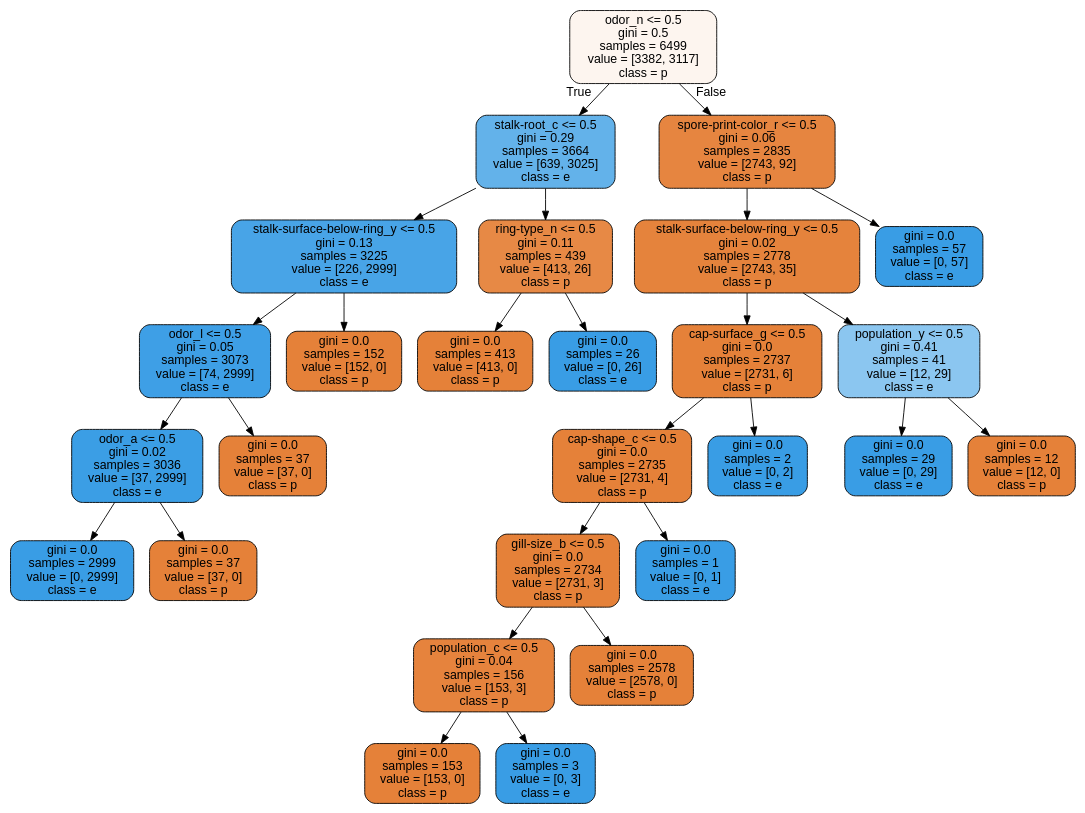
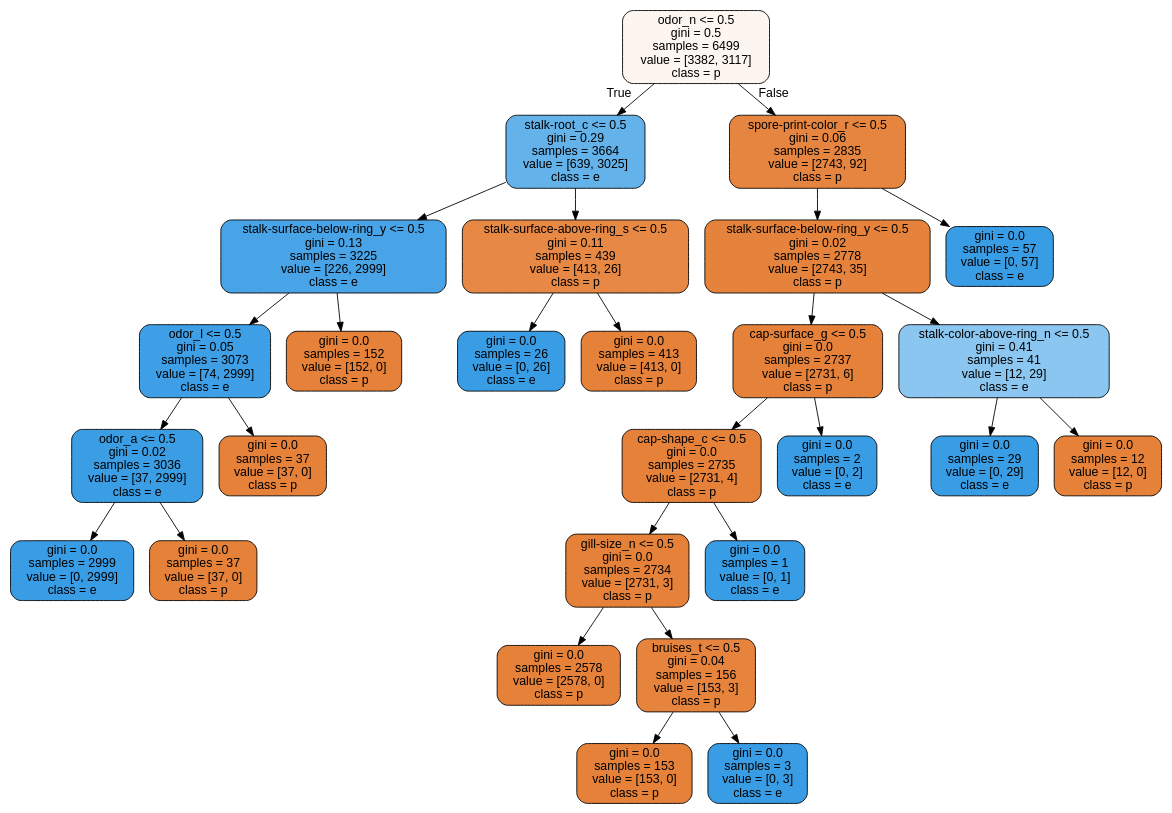
Before and after one commit to radroid/ml-algorithms-assignments: the diagram in decision_trees_assignment_4/notebooks/tree1.dot, drawn with Graphviz. The commit also changed 3 other files, not shown here.

```diff
--- a/decision_trees_assignment_4/notebooks/tree1.dot
+++ b/decision_trees_assignment_4/notebooks/tree1.dot
@@ -1,57 +1,57 @@
 digraph Tree {
 node [shape=box, style="filled, rounded", color="black", fontname=helvetica] ;
 edge [fontname=helvetica] ;
 0 [label="odor_n <= 0.5\ngini = 0.5\nsamples = 6499\nvalue = [3382, 3117]\nclass = p", fillcolor="#fdf5ef"] ;
 1 [label="stalk-root_c <= 0.5\ngini = 0.29\nsamples = 3664\nvalue = [639, 3025]\nclass = e", fillcolor="#63b2ea"] ;
 0 -> 1 [labeldistance=2.5, labelangle=45, headlabel="True"] ;
 2 [label="stalk-surface-below-ring_y <= 0.5\ngini = 0.13\nsamples = 3225\nvalue = [226, 2999]\nclass = e", fillcolor="#48a4e7"] ;
 1 -> 2 ;
 3 [label="odor_l <= 0.5\ngini = 0.05\nsamples = 3073\nvalue = [74, 2999]\nclass = e", fillcolor="#3e9fe6"] ;
 2 -> 3 ;
 4 [label="odor_a <= 0.5\ngini = 0.02\nsamples = 3036\nvalue = [37, 2999]\nclass = e", fillcolor="#3b9ee5"] ;
 3 -> 4 ;
 5 [label="gini = 0.0\nsamples = 2999\nvalue = [0, 2999]\nclass = e", fillcolor="#399de5"] ;
 4 -> 5 ;
 6 [label="gini = 0.0\nsamples = 37\nvalue = [37, 0]\nclass = p", fillcolor="#e58139"] ;
 4 -> 6 ;
 7 [label="gini = 0.0\nsamples = 37\nvalue = [37, 0]\nclass = p", fillcolor="#e58139"] ;
 3 -> 7 ;
 8 [label="gini = 0.0\nsamples = 152\nvalue = [152, 0]\nclass = p", fillcolor="#e58139"] ;
 2 -> 8 ;
-9 [label="ring-type_n <= 0.5\ngini = 0.11\nsamples = 439\nvalue = [413, 26]\nclass = p", fillcolor="#e78945"] ;
+9 [label="stalk-surface-above-ring_s <= 0.5\ngini = 0.11\nsamples = 439\nvalue = [413, 26]\nclass = p", fillcolor="#e78945"] ;
 1 -> 9 ;
-10 [label="gini = 0.0\nsamples = 413\nvalue = [413, 0]\nclass = p", fillcolor="#e58139"] ;
+10 [label="gini = 0.0\nsamples = 26\nvalue = [0, 26]\nclass = e", fillcolor="#399de5"] ;
 9 -> 10 ;
-11 [label="gini = 0.0\nsamples = 26\nvalue = [0, 26]\nclass = e", fillcolor="#399de5"] ;
+11 [label="gini = 0.0\nsamples = 413\nvalue = [413, 0]\nclass = p", fillcolor="#e58139"] ;
 9 -> 11 ;
 12 [label="spore-print-color_r <= 0.5\ngini = 0.06\nsamples = 2835\nvalue = [2743, 92]\nclass = p", fillcolor="#e68540"] ;
 0 -> 12 [labeldistance=2.5, labelangle=-45, headlabel="False"] ;
 13 [label="stalk-surface-below-ring_y <= 0.5\ngini = 0.02\nsamples = 2778\nvalue = [2743, 35]\nclass = p", fillcolor="#e5833c"] ;
 12 -> 13 ;
 14 [label="cap-surface_g <= 0.5\ngini = 0.0\nsamples = 2737\nvalue = [2731, 6]\nclass = p", fillcolor="#e58139"] ;
 13 -> 14 ;
 15 [label="cap-shape_c <= 0.5\ngini = 0.0\nsamples = 2735\nvalue = [2731, 4]\nclass = p", fillcolor="#e58139"] ;
 14 -> 15 ;
-16 [label="gill-size_b <= 0.5\ngini = 0.0\nsamples = 2734\nvalue = [2731, 3]\nclass = p", fillcolor="#e58139"] ;
+16 [label="gill-size_n <= 0.5\ngini = 0.0\nsamples = 2734\nvalue = [2731, 3]\nclass = p", fillcolor="#e58139"] ;
 15 -> 16 ;
-17 [label="population_c <= 0.5\ngini = 0.04\nsamples = 156\nvalue = [153, 3]\nclass = p", fillcolor="#e6833d"] ;
+17 [label="gini = 0.0\nsamples = 2578\nvalue = [2578, 0]\nclass = p", fillcolor="#e58139"] ;
 16 -> 17 ;
-18 [label="gini = 0.0\nsamples = 153\nvalue = [153, 0]\nclass = p", fillcolor="#e58139"] ;
-17 -> 18 ;
-19 [label="gini = 0.0\nsamples = 3\nvalue = [0, 3]\nclass = e", fillcolor="#399de5"] ;
-17 -> 19 ;
-20 [label="gini = 0.0\nsamples = 2578\nvalue = [2578, 0]\nclass = p", fillcolor="#e58139"] ;
-16 -> 20 ;
+18 [label="bruises_t <= 0.5\ngini = 0.04\nsamples = 156\nvalue = [153, 3]\nclass = p", fillcolor="#e6833d"] ;
+16 -> 18 ;
+19 [label="gini = 0.0\nsamples = 153\nvalue = [153, 0]\nclass = p", fillcolor="#e58139"] ;
+18 -> 19 ;
+20 [label="gini = 0.0\nsamples = 3\nvalue = [0, 3]\nclass = e", fillcolor="#399de5"] ;
+18 -> 20 ;
 21 [label="gini = 0.0\nsamples = 1\nvalue = [0, 1]\nclass = e", fillcolor="#399de5"] ;
 15 -> 21 ;
 22 [label="gini = 0.0\nsamples = 2\nvalue = [0, 2]\nclass = e", fillcolor="#399de5"] ;
 14 -> 22 ;
-23 [label="population_y <= 0.5\ngini = 0.41\nsamples = 41\nvalue = [12, 29]\nclass = e", fillcolor="#8bc6f0"] ;
+23 [label="stalk-color-above-ring_n <= 0.5\ngini = 0.41\nsamples = 41\nvalue = [12, 29]\nclass = e", fillcolor="#8bc6f0"] ;
 13 -> 23 ;
 24 [label="gini = 0.0\nsamples = 29\nvalue = [0, 29]\nclass = e", fillcolor="#399de5"] ;
 23 -> 24 ;
 25 [label="gini = 0.0\nsamples = 12\nvalue = [12, 0]\nclass = p", fillcolor="#e58139"] ;
 23 -> 25 ;
 26 [label="gini = 0.0\nsamples = 57\nvalue = [0, 57]\nclass = e", fillcolor="#399de5"] ;
 12 -> 26 ;
 }
```
